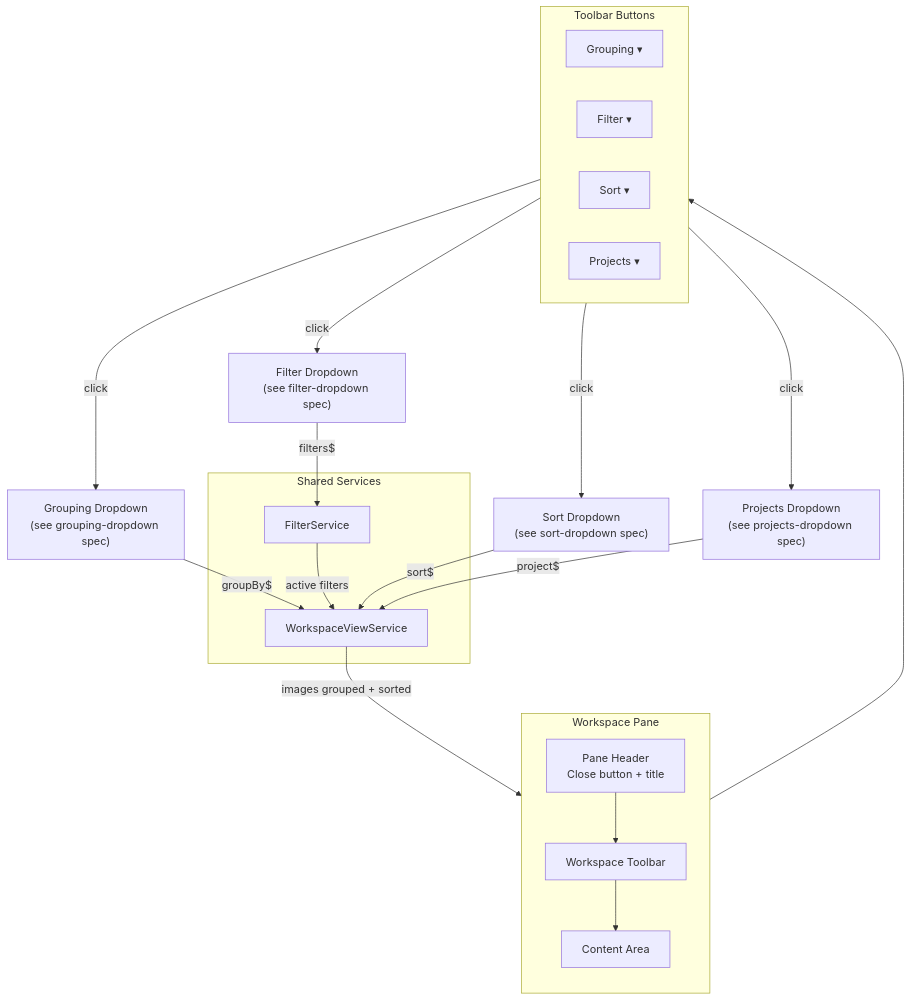
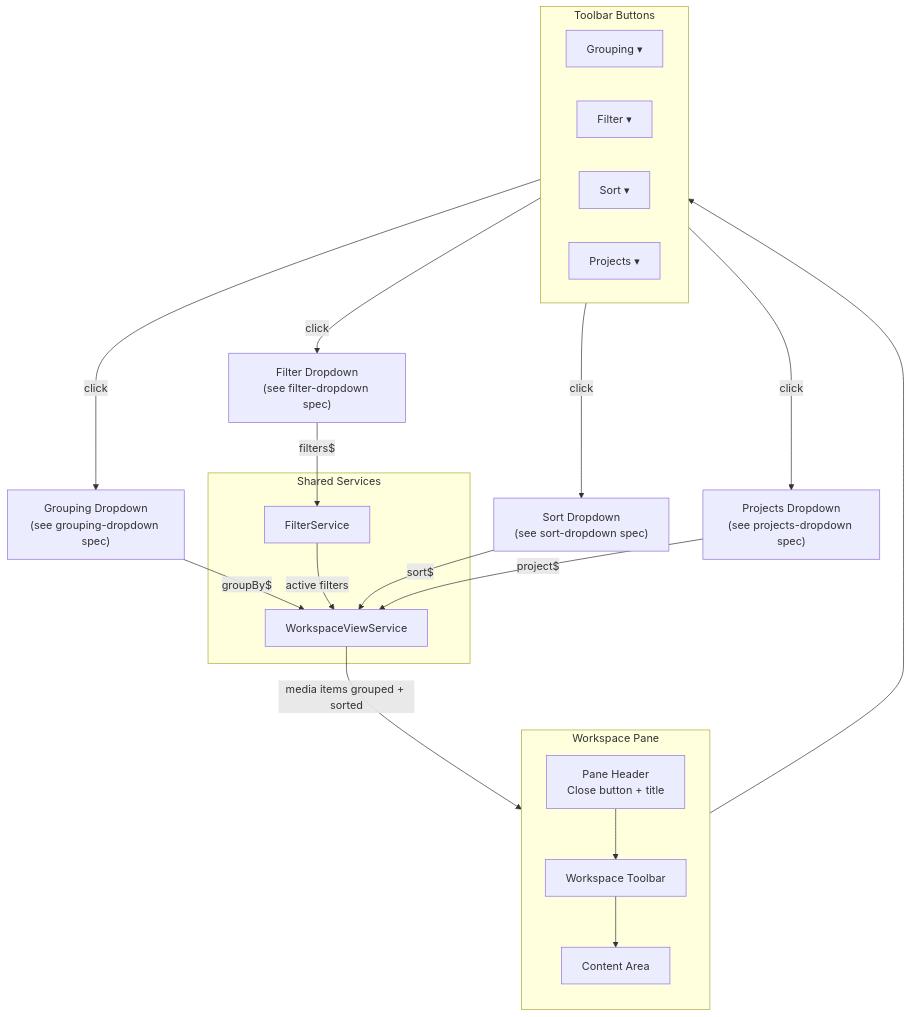
Before and after one commit to matkleve/feldpost: the second of 5 diagrams in docs/specs/ui/workspace/workspace-toolbar.md, drawn with Mermaid. The commit also changed other lines of this file and 26 other files, not shown here.

First line of the commit message:
refactor: update terminology from 'images' to 'media items' across documentation

````diff
--- a/docs/specs/ui/workspace/workspace-toolbar.md
+++ b/docs/specs/ui/workspace/workspace-toolbar.md
@@ -103,40 +103,40 @@
 ```mermaid
 flowchart TB
     subgraph WorkspacePane["Workspace Pane"]
         direction TB
         Header["Pane Header\nClose button + title"]
         Toolbar["Workspace Toolbar"]
         Content["Content Area"]
 
         Header --> Toolbar
         Toolbar --> Content
     end
 
     subgraph ToolbarButtons["Toolbar Buttons"]
         direction LR
         BtnGroup["Grouping ▾"]
         BtnFilter["Filter ▾"]
         BtnSort["Sort ▾"]
         BtnProjects["Projects ▾"]
     end
 
     Toolbar --> ToolbarButtons
 
     BtnGroup -->|click| GroupDD["Grouping Dropdown\n(see grouping-dropdown spec)"]
     BtnFilter -->|click| FilterDD["Filter Dropdown\n(see filter-dropdown spec)"]
     BtnSort -->|click| SortDD["Sort Dropdown\n(see sort-dropdown spec)"]
     BtnProjects -->|click| ProjectDD["Projects Dropdown\n(see projects-dropdown spec)"]
 
     subgraph Services["Shared Services"]
         WVS["WorkspaceViewService"]
         FS["FilterService"]
     end
 
     GroupDD -->|groupBy$| WVS
     FilterDD -->|filters$| FS
     SortDD -->|sort$| WVS
     ProjectDD -->|project$| WVS
 
-    WVS -->|images grouped + sorted| Content
+    WVS -->|media items grouped + sorted| Content
     FS -->|active filters| WVS
 ```
````
